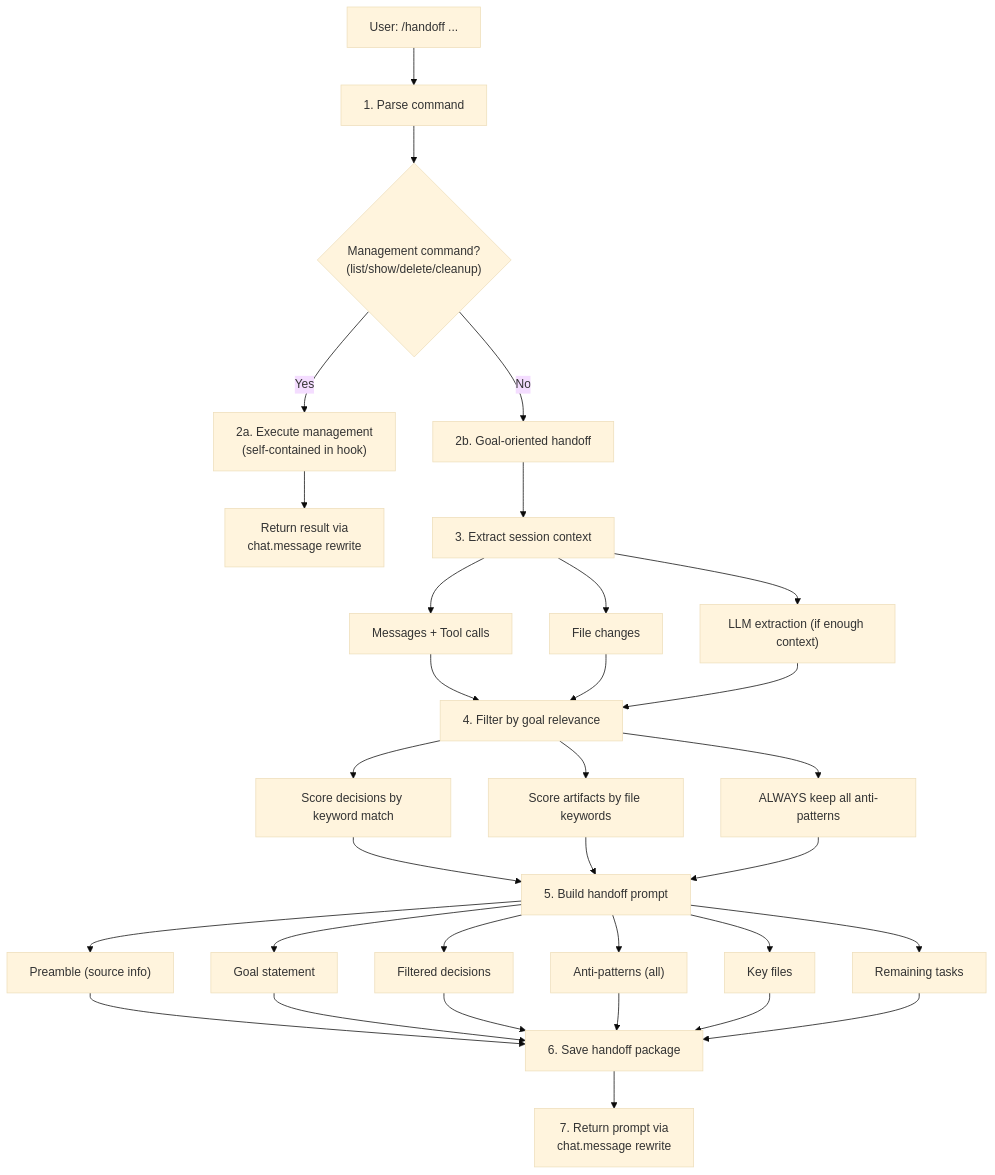
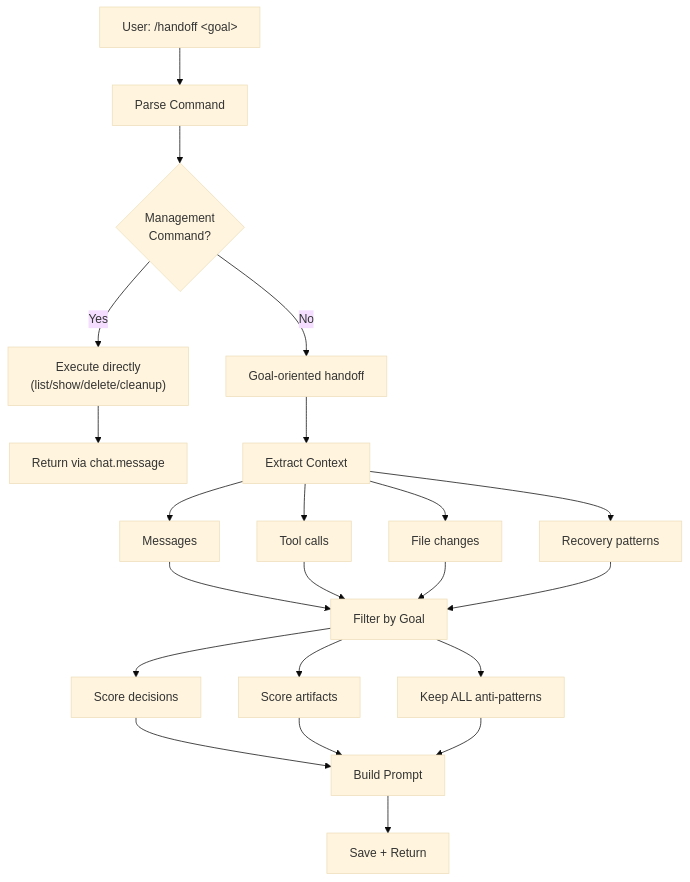
One commit to arcthur/oh-my-opencode changed the second of 6 diagrams in docs/session-handoff-design.md. Above: the diagram before and after it, drawn with Mermaid (base theme). The commit also changed other lines of this file and 20 other files, not shown here.

First line of the commit message:
refactor(session-handoff): unify rendering and fix citation tracking

````diff
--- a/docs/session-handoff-design.md
+++ b/docs/session-handoff-design.md
@@ -89,39 +408,28 @@
 ```mermaid
 flowchart TD
-    U["User: /handoff ..."]
-    P["1. Parse command"]
-    P1{"Management command?<br/>(list/show/delete/cleanup)"}
-    P2["2a. Execute management<br/>(self-contained in hook)"]
-    P3["Return result via<br/>chat.message rewrite"]
-    G["2b. Goal-oriented handoff"]
-    E["3. Extract session context"]
-    E1["Messages + Tool calls"]
-    E2["File changes"]
-    E3["LLM extraction (if enough context)"]
-    F["4. Filter by goal relevance"]
-    F1["Score decisions by keyword match"]
-    F2["Score artifacts by file keywords"]
-    F3["ALWAYS keep all anti-patterns"]
-    B["5. Build handoff prompt"]
-    B1["Preamble (source info)"]
-    B2["Goal statement"]
-    B3["Filtered decisions"]
-    B4["Anti-patterns (all)"]
-    B5["Key files"]
-    B6["Remaining tasks"]
-    S["6. Save handoff package"]
-    R["7. Return prompt via<br/>chat.message rewrite"]
+    U["User: /handoff &lt;goal&gt;"]
+    P["Parse Command"]
+    P1{"Management<br/>Command?"}
+    P2["Execute directly<br/>(list/show/delete/cleanup)"]
+    P3["Return via chat.message"]
+    G["Goal-oriented handoff"]
+    E["Extract Context"]
+    E1["Messages"]
+    E2["Tool calls"]
+    E3["File changes"]
+    E4["Recovery patterns"]
+    F["Filter by Goal"]
+    F1["Score decisions"]
+    F2["Score artifacts"]
+    F3["Keep ALL anti-patterns"]
+    B["Build Prompt"]
+    S["Save + Return"]
 
     U --> P --> P1
-    P1 -->|Yes| P2
-    P2 --> P3
-    P1 -->|No| G
-    G --> E
-    E --> E1 & E2 & E3
-    E1 & E2 & E3 --> F
+    P1 -->|Yes| P2 --> P3
+    P1 -->|No| G --> E
+    E --> E1 & E2 & E3 & E4
+    E1 & E2 & E3 & E4 --> F
     F --> F1 & F2 & F3
-    F1 & F2 & F3 --> B
-    B --> B1 & B2 & B3 & B4 & B5 & B6
-    B1 & B2 & B3 & B4 & B5 & B6 --> S
-    S --> R
+    F1 & F2 & F3 --> B --> S
 ```
````
